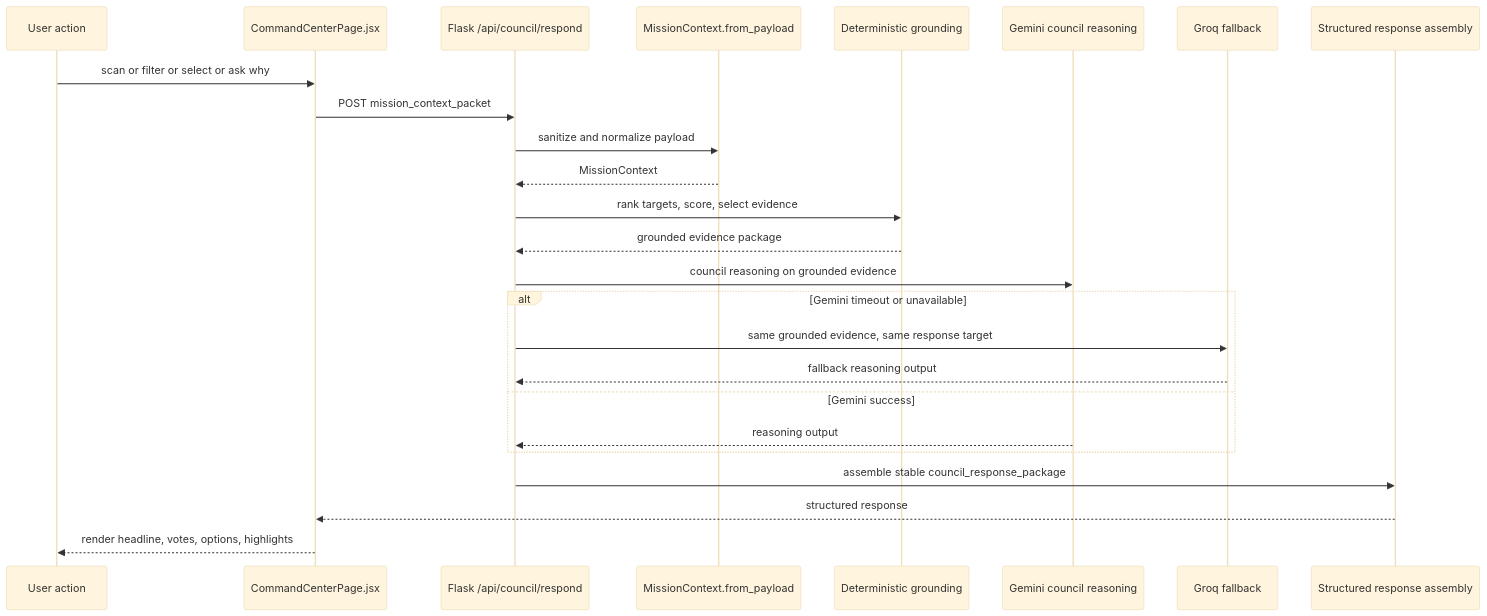
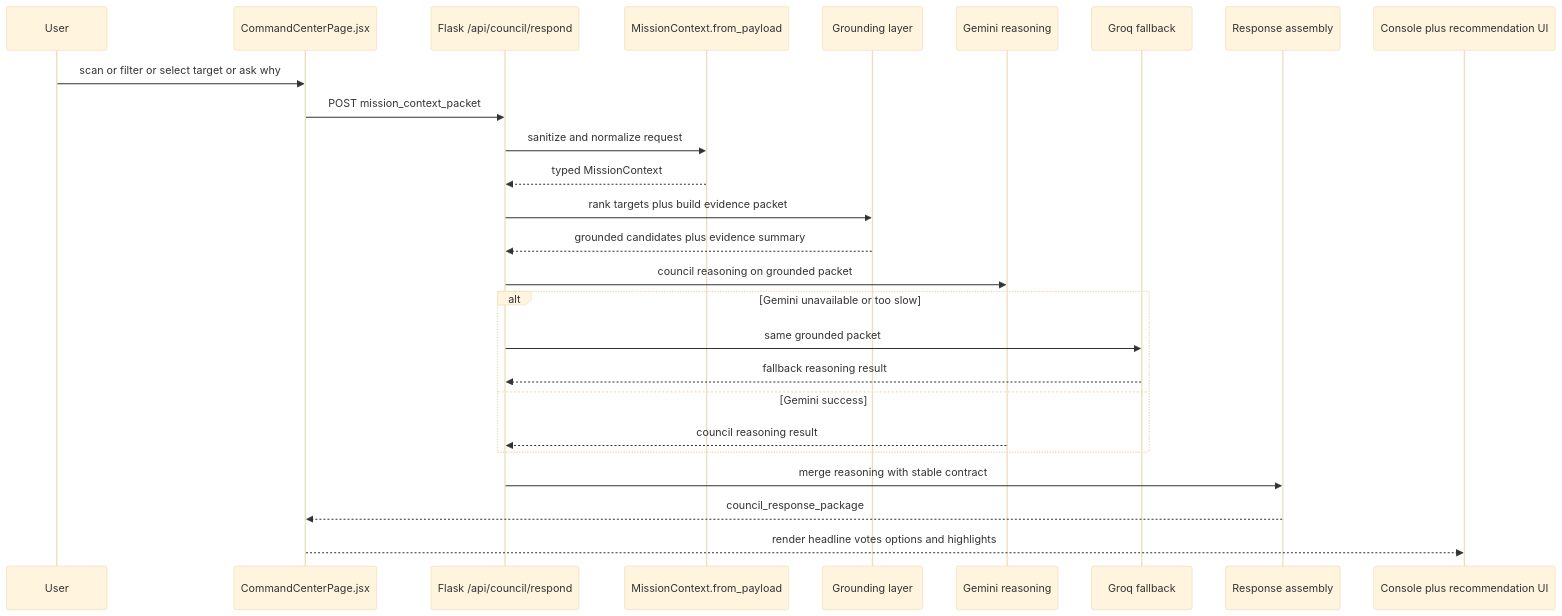
Before and after one commit to Procoderdata/hackathonvodich: the second of 2 diagrams in triet.md/filemoi.md, drawn with Mermaid (base theme). The commit also changed other lines of this file and 28 other files, not shown here.

````diff
--- a/triet.md/filemoi.md
+++ b/triet.md/filemoi.md
@@ -145,28 +244,29 @@
 ```mermaid
 sequenceDiagram
-    participant U as User action
+    participant U as User
     participant FE as CommandCenterPage.jsx
     participant API as Flask /api/council/respond
-    participant S as MissionContext.from_payload
-    participant G as Deterministic grounding
-    participant GM as Gemini council reasoning
-    participant GR as Groq fallback
-    participant R as Structured response assembly
+    participant SC as MissionContext.from_payload
+    participant GRD as Grounding layer
+    participant GM as Gemini reasoning
+    participant GQ as Groq fallback
+    participant ASM as Response assembly
+    participant UI as Console plus recommendation UI
 
-    U->>FE: scan or filter or select or ask why
+    U->>FE: scan or filter or select target or ask why
     FE->>API: POST mission_context_packet
-    API->>S: sanitize and normalize payload
-    S-->>API: MissionContext
-    API->>G: rank targets, score, select evidence
-    G-->>API: grounded evidence package
-    API->>GM: council reasoning on grounded evidence
-    alt Gemini timeout or unavailable
-        API->>GR: same grounded evidence, same response target
-        GR-->>API: fallback reasoning output
+    API->>SC: sanitize and normalize request
+    SC-->>API: typed MissionContext
+    API->>GRD: rank targets plus build evidence packet
+    GRD-->>API: grounded candidates plus evidence summary
+    API->>GM: council reasoning on grounded packet
+    alt Gemini unavailable or too slow
+        API->>GQ: same grounded packet
+        GQ-->>API: fallback reasoning result
     else Gemini success
-        GM-->>API: reasoning output
+        GM-->>API: council reasoning result
     end
-    API->>R: assemble stable council_response_package
-    R-->>FE: structured response
-    FE-->>U: render headline, votes, options, highlights
+    API->>ASM: merge reasoning with stable contract
+    ASM-->>FE: council_response_package
+    FE-->>UI: render headline votes options and highlights
 ```
````
